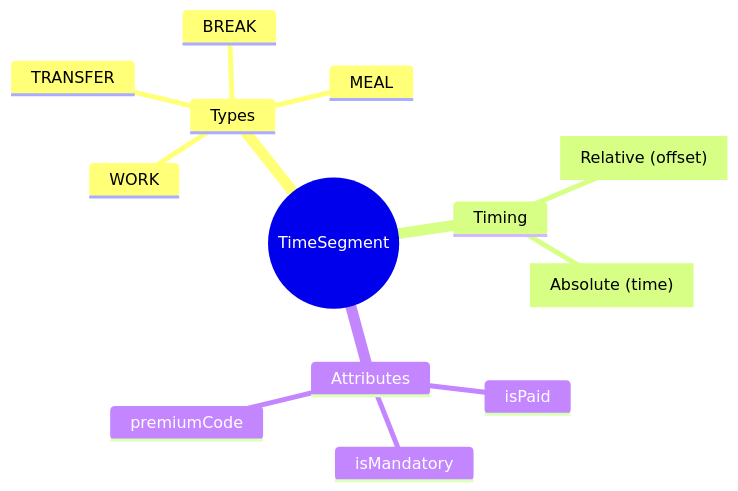
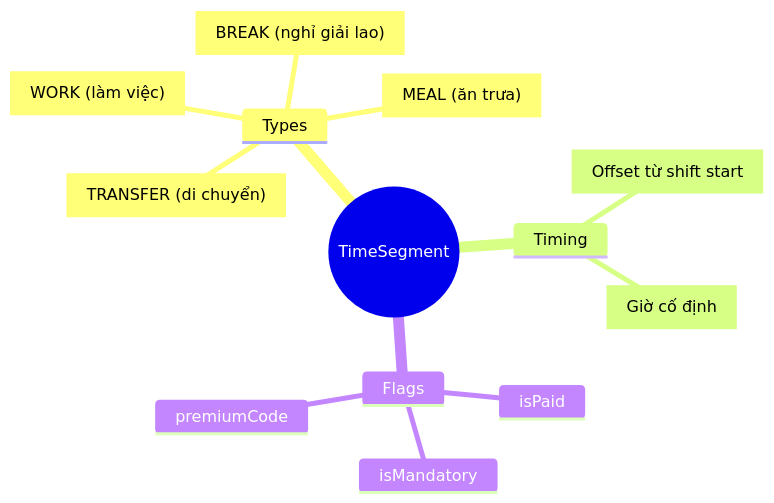
Before and after one commit to a4b-corporation/xTalent: the first of 3 diagrams in docs/01-modules/TA/00-ontology/domain/time-modeling/time-segment.onto.md, drawn with Mermaid. The commit also changed other lines of this file and 12 other files, not shown here.

````diff
--- a/docs/01-modules/TA/00-ontology/domain/time-modeling/time-segment.onto.md
+++ b/docs/01-modules/TA/00-ontology/domain/time-modeling/time-segment.onto.md
@@ -143,16 +145,16 @@
 ```mermaid
 mindmap
   root((TimeSegment))
     Types
-      WORK
-      BREAK
-      MEAL
-      TRANSFER
+      WORK["WORK (làm việc)"]
+      BREAK["BREAK (nghỉ giải lao)"]
+      MEAL["MEAL (ăn trưa)"]
+      TRANSFER["TRANSFER (di chuyển)"]
     Timing
-      Relative["Relative (offset)"]
-      Absolute["Absolute (time)"]
-    Attributes
+      Relative["Offset từ shift start"]
+      Absolute["Giờ cố định"]
+    Flags
       isPaid
       isMandatory
       premiumCode
 ```
````
